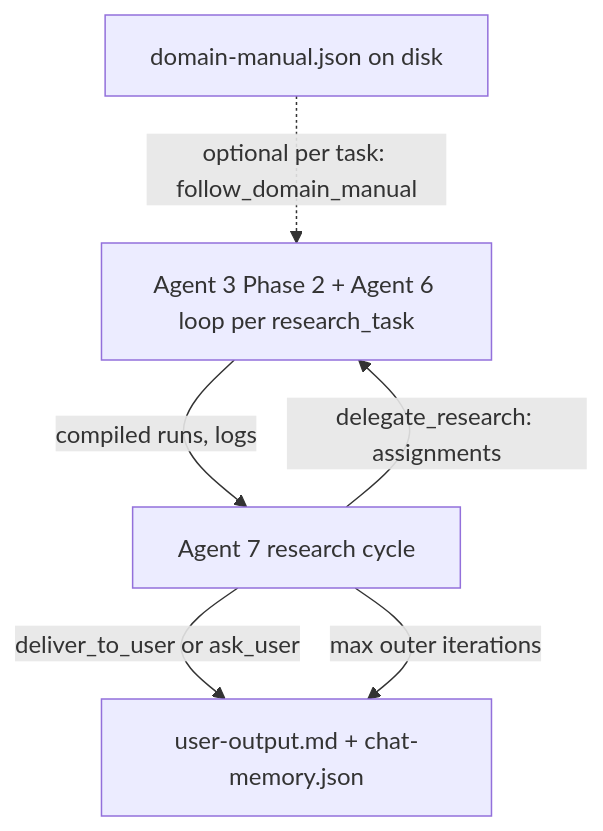
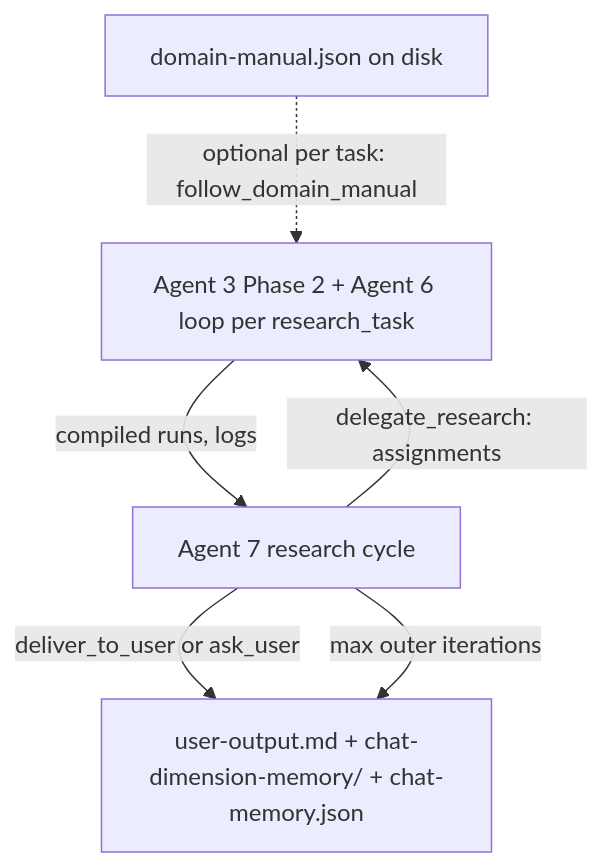
One commit to shannonruxin/agentic-research changed the second of 2 diagrams in README.md. Above: the diagram before and after it, drawn with Mermaid. The commit also changed other lines of this file and 20 other files, not shown here.

Commit message:
feat: - Memory: added structure markdown file storage under workspace/chat-dimension-memory where memory is stored -> 1 dimension per markdown file

````diff
--- a/README.md
+++ b/README.md
@@ -66,12 +66,12 @@
 ```mermaid
 flowchart TB
   DM[domain-manual.json on disk]
   A7[Agent 7 research cycle]
   A36[Agent 3 Phase 2 + Agent 6 loop per research_task]
-  OUT[user-output.md + chat-memory.json]
+  OUT[user-output.md + chat-dimension-memory/ + chat-memory.json]
   DM -.->|optional per task: follow_domain_manual| A36
   A7 -->|delegate_research: assignments| A36
   A36 -->|compiled runs, logs| A7
   A7 -->|deliver_to_user or ask_user| OUT
   A7 -->|max outer iterations| OUT
 ```
````
